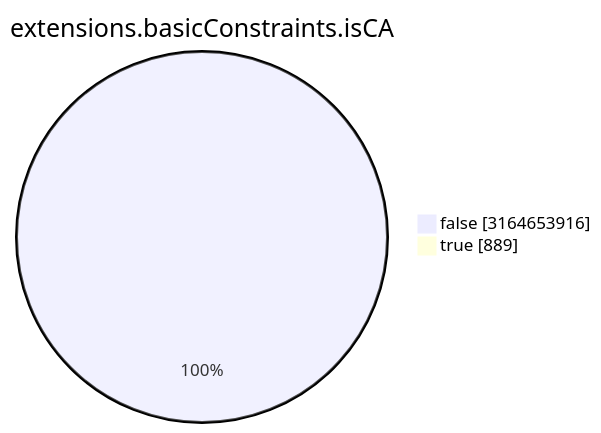
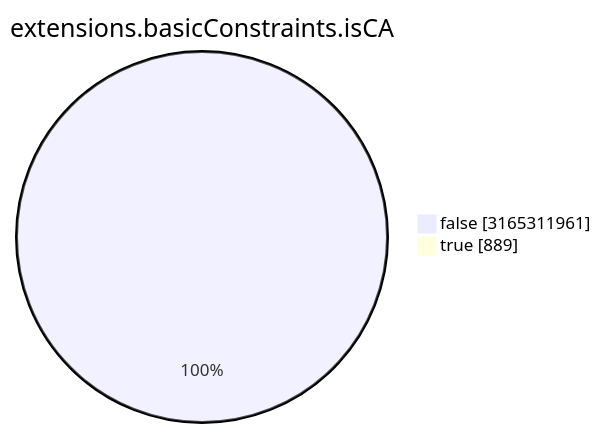
One commit to christiankrug/ctmonitor_visualization changed the seventh of 15 diagrams in TOTAL/README.md. Above: the diagram before and after it, drawn with Mermaid. The commit also changed other lines of this file, not shown here.

````diff
--- a/TOTAL/README.md
+++ b/TOTAL/README.md
@@ -3088,6 +3088,6 @@
 ```mermaid
 pie showData
 title extensions.basicConstraints.isCA
-"false" :3164653916
+"false" :3165311961
 "true" :889
 ```
````
